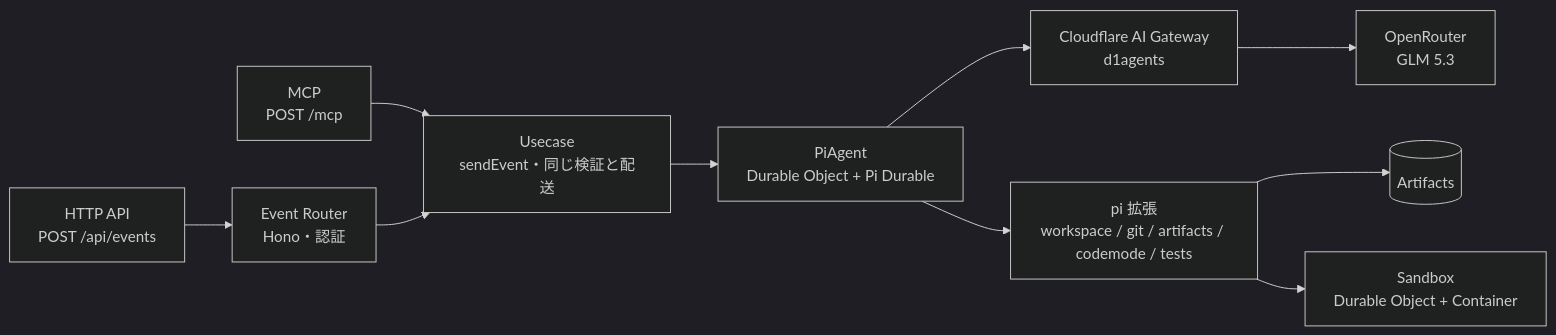
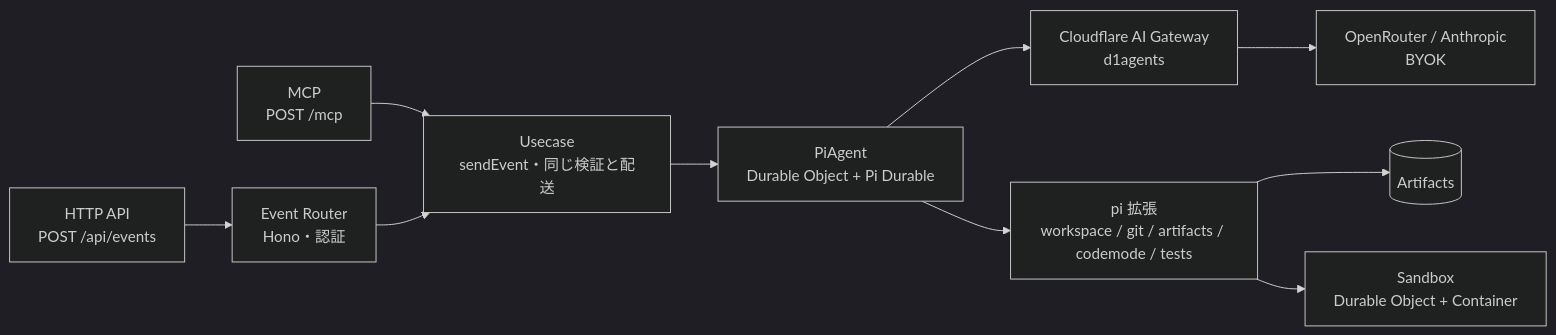
Before and after one commit to YuSa0-6/PiDurableAgents: the diagram in README.md, drawn with Mermaid (dark theme). The commit also changed other lines of this file and 19 other files, not shown here.

````diff
--- a/README.md
+++ b/README.md
@@ -19,12 +19,12 @@
 ```mermaid
 flowchart LR
   A[HTTP API<br>POST /api/events] --> R[Event Router<br>Hono・認証]
   M[MCP<br>POST /mcp] --> S[Usecase<br>sendEvent・同じ検証と配送]
   R --> S
   S --> P[PiAgent<br>Durable Object + Pi Durable]
   P --> GW[Cloudflare AI Gateway<br>d1agents]
-  GW --> OR[OpenRouter<br>GLM 5.3]
+  GW --> OR[OpenRouter / Anthropic<br>BYOK]
   P --> T[pi 拡張<br>workspace / git / artifacts / codemode / tests]
   T --> AR[(Artifacts)]
   T --> SB[Sandbox<br>Durable Object + Container]
 ```
````
